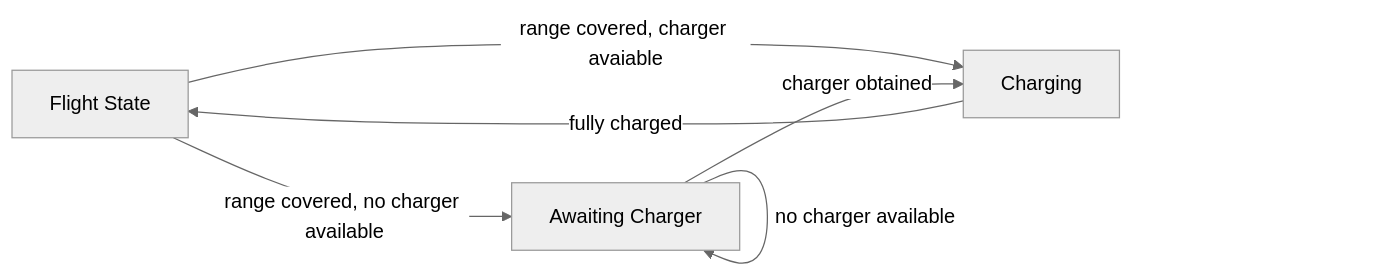
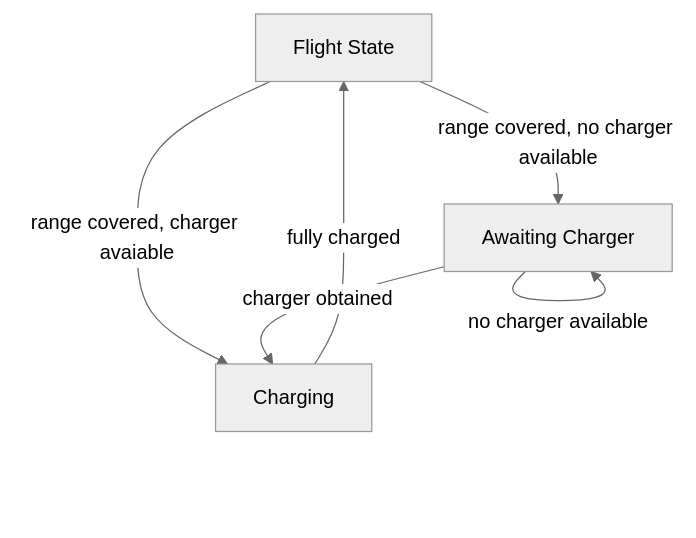
The first of 2 diagrams in README.md (tghedaoo/eVTOL_sim), drawn with Mermaid (neutral theme) before and after one commit. The commit also changed other lines of this file, not shown here.

````diff
--- a/README.md
+++ b/README.md
@@ -15,8 +20,8 @@
 ```mermaid
-flowchart LR;
+flowchart TD;
     A--range covered, no charger available-->B[Awaiting Charger];
     A[Flight State]--range covered, charger avaiable-->C[Charging];
     C--fully charged-->A;
     B-- charger obtained -->C;
-    B-- no charger available --> B
+    B-- no charger available --> B;
 ```
````
